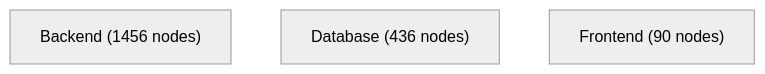
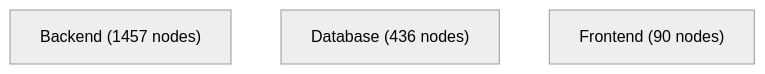
Before and after one commit to jankneumann/agentic-coding-tools: the diagram in docs/architecture-analysis/views/containers.mmd, drawn with Mermaid (neutral theme). The commit also changed 13 other files, not shown here.

Commit message:
chore(architecture): regenerate artifacts after adapter rebase

```diff
--- a/docs/architecture-analysis/views/containers.mmd
+++ b/docs/architecture-analysis/views/containers.mmd
@@ -1,4 +1,4 @@
 flowchart TB
-    Backend["Backend (1456 nodes)"]
+    Backend["Backend (1457 nodes)"]
     Database["Database (436 nodes)"]
     Frontend["Frontend (90 nodes)"]
```
